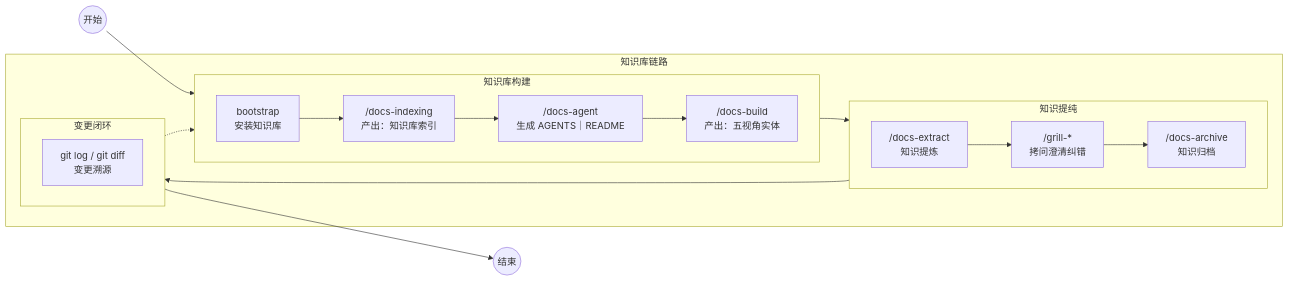
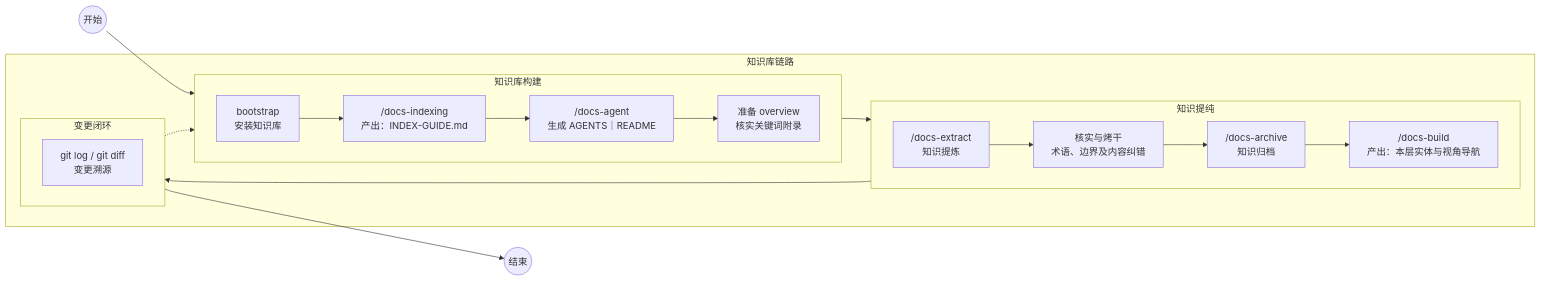
Before and after one commit to oleewen/ai-knowledge: the fourth of 4 diagrams in quick-start.md, drawn with Mermaid. The commit also changed other lines of this file and 4 other files, not shown here.

````diff
--- a/quick-start.md
+++ b/quick-start.md
@@ -259,35 +278,36 @@
 ```mermaid
 flowchart LR
     S((开始))
     subgraph LEGACY["知识库链路"]
         subgraph SRC["知识库构建"]
             direction LR
             A["bootstrap<br/>安装知识库"]
-            B["/docs-indexing<br/>产出：知识库索引"]
+            B["/docs-indexing<br/>产出：INDEX-GUIDE.md"]
             G["/docs-agent<br/>生成 AGENTS｜README"]
-            F["/docs-build<br/>产出：五视角实体"]
 
-            A --> B --> G --> F
+            O["准备 overview<br/>核实关键词附录"]
+            A --> B --> G --> O
         end
 
         subgraph EXTRACT["知识提纯"]
             direction LR
             C["/docs-extract<br/>知识提炼"]
-            D["/grill-*<br/>拷问澄清纠错"]
+            D["核实与烤干<br/>术语、边界及内容纠错"]
             E["/docs-archive<br/>知识归档"]
+            F["/docs-build<br/>产出：本层实体与视角导航"]
 
-            C --> D --> E
+            C --> D --> E --> F
         end
 
         subgraph DEP["变更闭环"]
             direction LR
             H["git log / git diff<br/>变更溯源"]
 
-            E --> H
+            F --> H
         end
     end
     S --> A
-    F --> C
+    O --> C
     H -.-> B
     H --> Z((结束))
 ```
````
